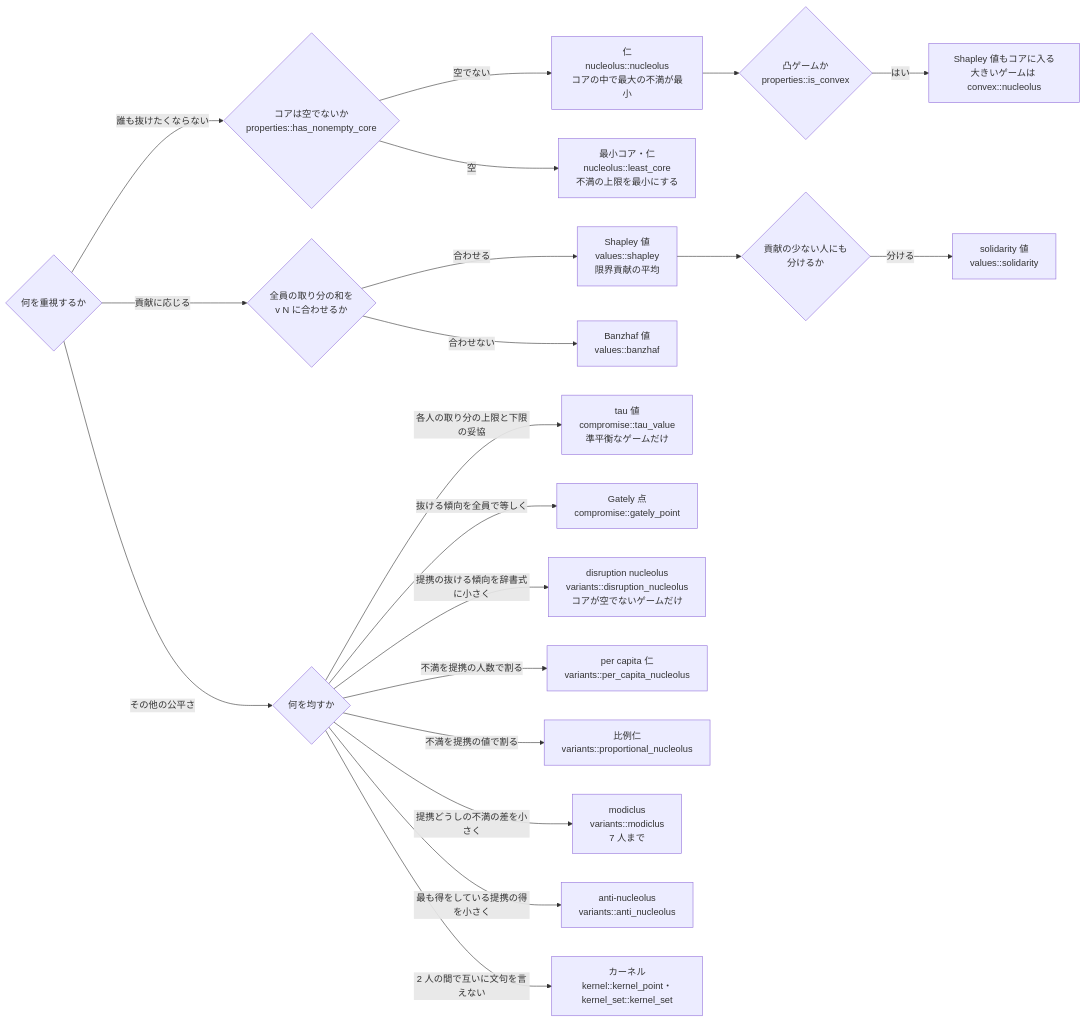
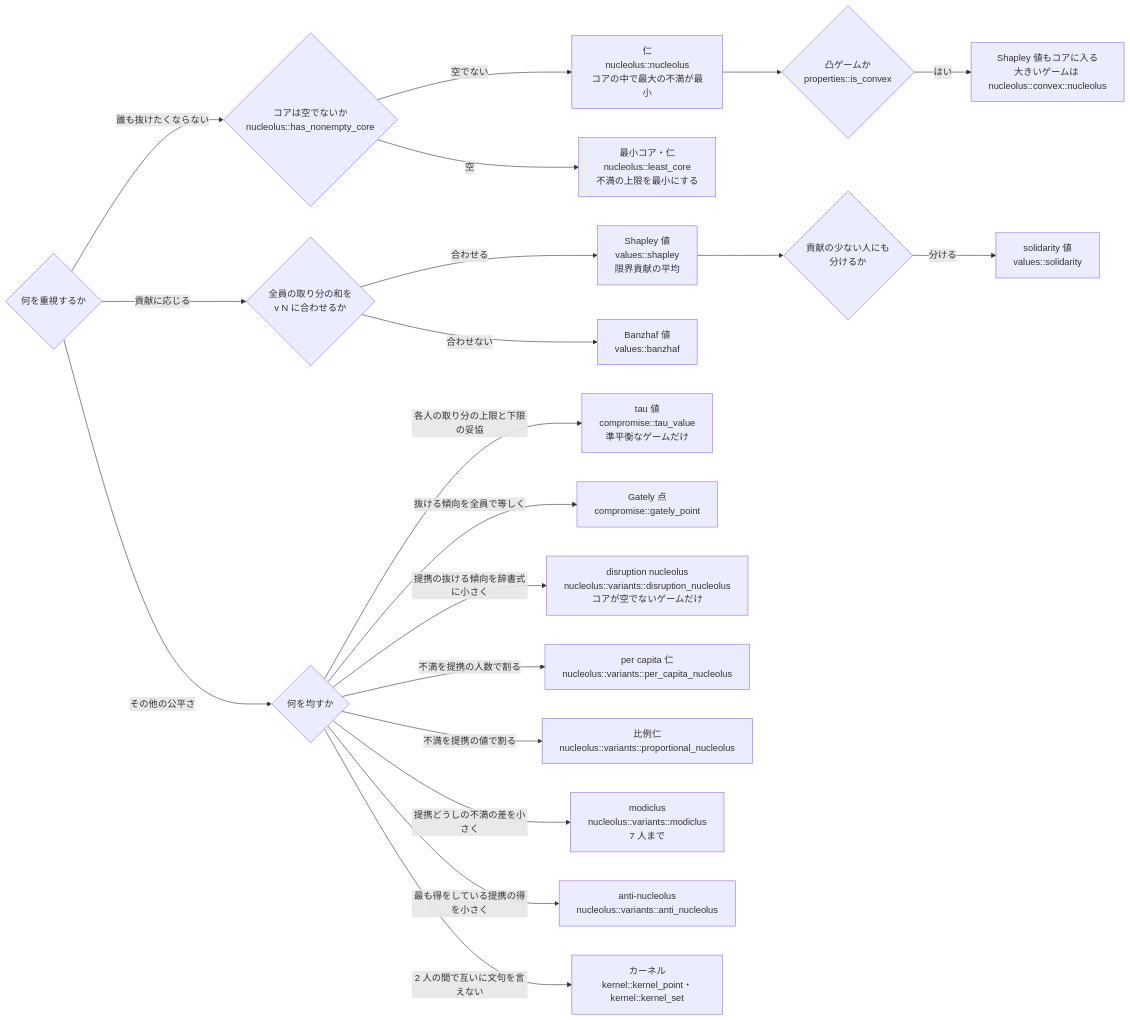
Before and after one commit to matsu7874/coopgame: the second of 3 diagrams in docs/choosing.md, drawn with Mermaid. The commit also changed other lines of this file and 118 other files, not shown here.

````diff
--- a/docs/choosing.md
+++ b/docs/choosing.md
@@ -26,24 +26,24 @@
 ```mermaid
 flowchart LR
-    q{何を重視するか} -->|誰も抜けたくならない| core{コアは空でないか<br>properties::has_nonempty_core}
+    q{何を重視するか} -->|誰も抜けたくならない| core{コアは空でないか<br>nucleolus::has_nonempty_core}
     core -->|空でない| nuc[仁<br>nucleolus::nucleolus<br>コアの中で最大の不満が最小]
     core -->|空| lc[最小コア・仁<br>nucleolus::least_core<br>不満の上限を最小にする]
     nuc --> convex{凸ゲームか<br>properties::is_convex}
-    convex -->|はい| shapcore[Shapley 値もコアに入る<br>大きいゲームは convex::nucleolus]
+    convex -->|はい| shapcore[Shapley 値もコアに入る<br>大きいゲームは nucleolus::convex::nucleolus]
 
     q -->|貢献に応じる| c1{全員の取り分の和を<br>v N に合わせるか}
     c1 -->|合わせる| shap[Shapley 値<br>values::shapley<br>限界貢献の平均]
     c1 -->|合わせない| banz[Banzhaf 値<br>values::banzhaf]
     shap --> c2{貢献の少ない人にも<br>分けるか}
     c2 -->|分ける| sol[solidarity 値<br>values::solidarity]
 
     q -->|その他の公平さ| o1{何を均すか}
     o1 -->|各人の取り分の上限と下限の妥協| tau[tau 値<br>compromise::tau_value<br>準平衡なゲームだけ]
     o1 -->|抜ける傾向を全員で等しく| gately[Gately 点<br>compromise::gately_point]
-    o1 -->|提携の抜ける傾向を辞書式に小さく| disr[disruption nucleolus<br>variants::disruption_nucleolus<br>コアが空でないゲームだけ]
-    o1 -->|不満を提携の人数で割る| pc[per capita 仁<br>variants::per_capita_nucleolus]
-    o1 -->|不満を提携の値で割る| prop[比例仁<br>variants::proportional_nucleolus]
-    o1 -->|提携どうしの不満の差を小さく| modi[modiclus<br>variants::modiclus<br>7 人まで]
-    o1 -->|最も得をしている提携の得を小さく| anti[anti-nucleolus<br>variants::anti_nucleolus]
-    o1 -->|2 人の間で互いに文句を言えない| ker[カーネル<br>kernel::kernel_point・kernel_set::kernel_set]
+    o1 -->|提携の抜ける傾向を辞書式に小さく| disr[disruption nucleolus<br>nucleolus::variants::disruption_nucleolus<br>コアが空でないゲームだけ]
+    o1 -->|不満を提携の人数で割る| pc[per capita 仁<br>nucleolus::variants::per_capita_nucleolus]
+    o1 -->|不満を提携の値で割る| prop[比例仁<br>nucleolus::variants::proportional_nucleolus]
+    o1 -->|提携どうしの不満の差を小さく| modi[modiclus<br>nucleolus::variants::modiclus<br>7 人まで]
+    o1 -->|最も得をしている提携の得を小さく| anti[anti-nucleolus<br>nucleolus::variants::anti_nucleolus]
+    o1 -->|2 人の間で互いに文句を言えない| ker[カーネル<br>kernel::kernel_point・kernel::kernel_set]
 ```
````
